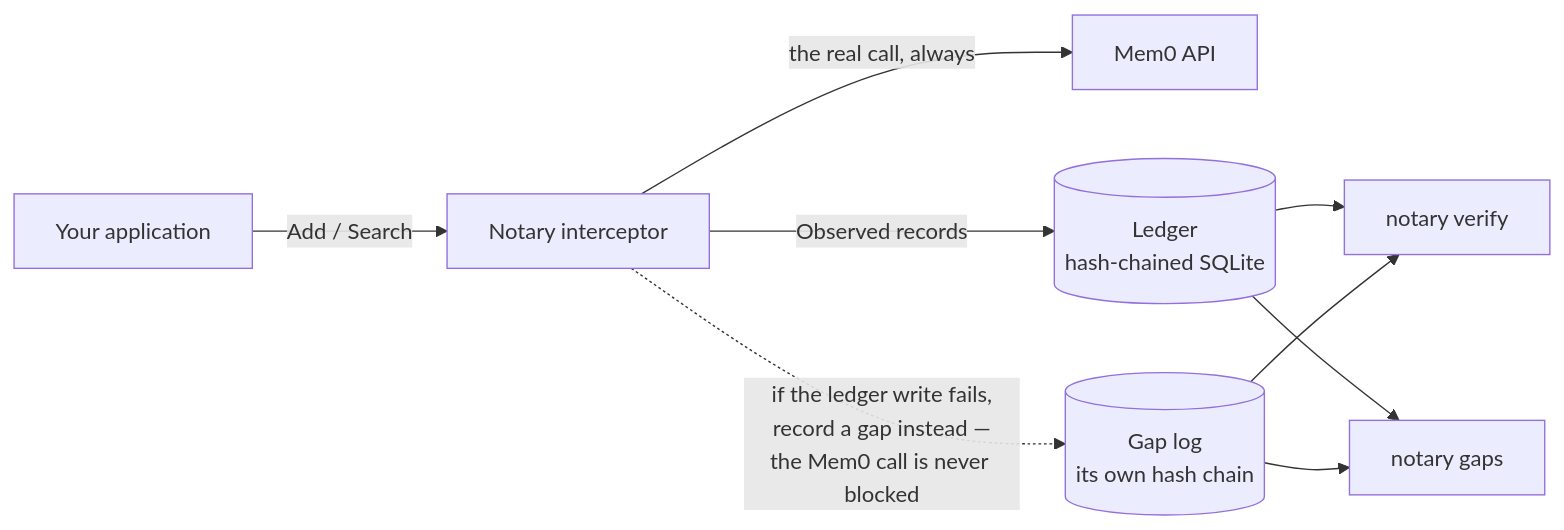
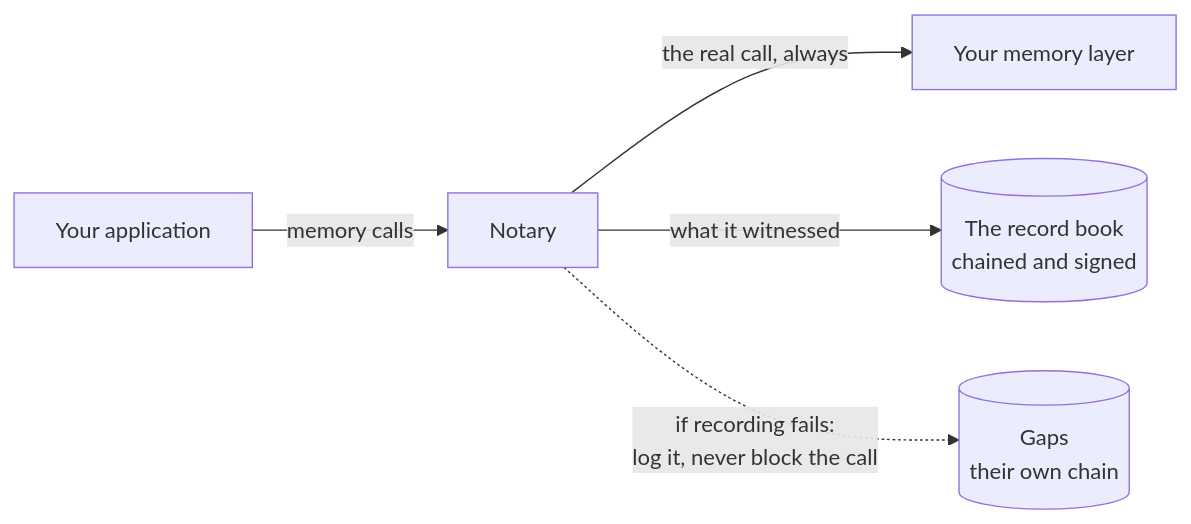
The diagram in README.md (ranscky/notary), drawn with Mermaid before and after one commit. The commit also changed other lines of this file and 5 other files, not shown here.

````diff
--- a/README.md
+++ b/README.md
@@ -53,11 +141,7 @@
 ```mermaid
 flowchart LR
-    App["Your application"] -->|"Add / Search"| IC["Notary interceptor"]
-    IC -->|"the real call, always"| Mem0["Mem0 API"]
-    IC -->|"Observed records"| Ledger[("Ledger<br/>hash-chained SQLite")]
-    IC -.->|"if the ledger write fails,<br/>record a gap instead —<br/>the Mem0 call is never blocked"| Gap[("Gap log<br/>its own hash chain")]
-    Ledger --> Verify["notary verify"]
-    Gap --> Verify
-    Ledger --> Gaps["notary gaps"]
-    Gap --> Gaps
+    App["Your application"] -->|"memory calls"| N["Notary"]
+    N -->|"the real call, always"| Mem0["Your memory layer"]
+    N -->|"what it witnessed"| L[("The record book<br/>chained and signed")]
+    N -.->|"if recording fails:<br/>log it, never block the call"| G[("Gaps<br/>their own chain")]
 ```
````
